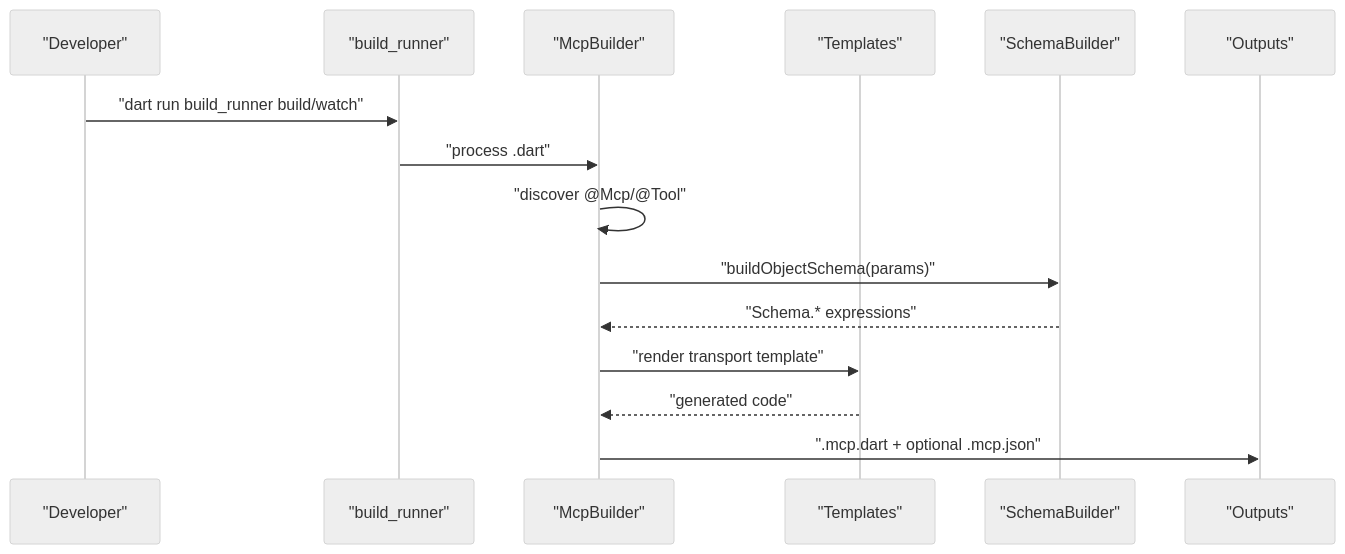
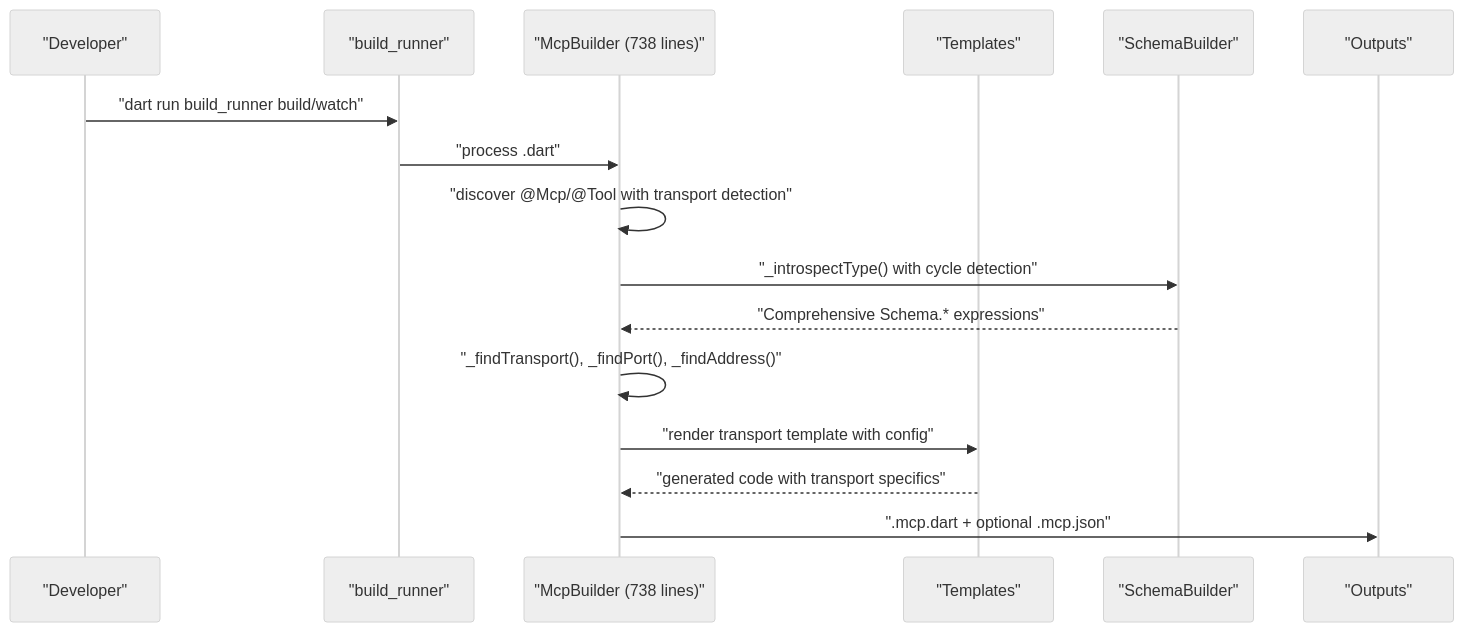
One commit to cdavis-code/easy_mcp_workspace changed the sixth of 7 diagrams in .qoder/repowiki/en/content/Code Generation Engine/Code Generation Engine.md. Above: the diagram before and after it, drawn with Mermaid (neutral theme). The commit also changed other lines of this file and 14 other files, not shown here.

````diff
--- a/.qoder/repowiki/en/content/Code Generation Engine/Code Generation Engine.md
+++ b/.qoder/repowiki/en/content/Code Generation Engine/Code Generation Engine.md
@@ -322,17 +357,18 @@
 ```mermaid
 sequenceDiagram
 participant Dev as "Developer"
 participant BR as "build_runner"
-participant MB as "McpBuilder"
+participant MB as "McpBuilder (738 lines)"
 participant T as "Templates"
 participant SB as "SchemaBuilder"
 participant Out as "Outputs"
 Dev->>BR : "dart run build_runner build/watch"
 BR->>MB : "process .dart"
-MB->>MB : "discover @Mcp/@Tool"
-MB->>SB : "buildObjectSchema(params)"
-SB-->>MB : "Schema.* expressions"
-MB->>T : "render transport template"
-T-->>MB : "generated code"
+MB->>MB : "discover @Mcp/@Tool with transport detection"
+MB->>SB : "_introspectType() with cycle detection"
+SB-->>MB : "Comprehensive Schema.* expressions"
+MB->>MB : "_findTransport(), _findPort(), _findAddress()"
+MB->>T : "render transport template with config"
+T-->>MB : "generated code with transport specifics"
 MB->>Out : ".mcp.dart + optional .mcp.json"
 ```
````
